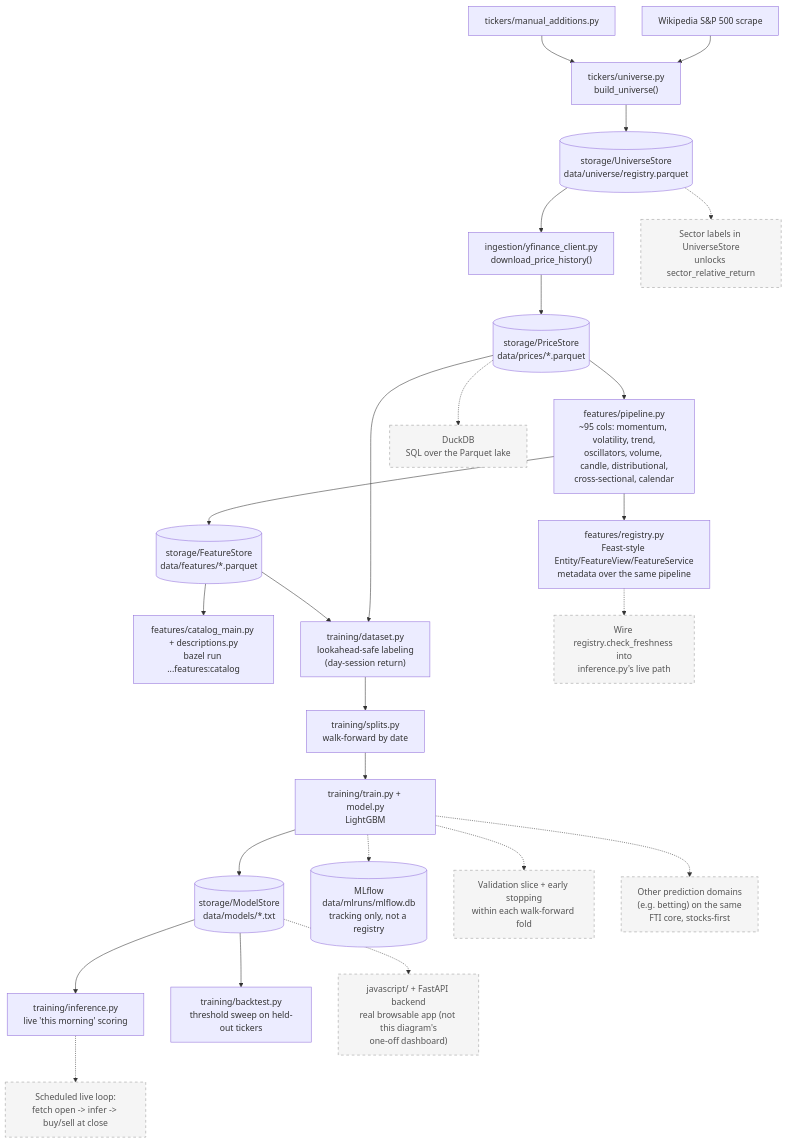
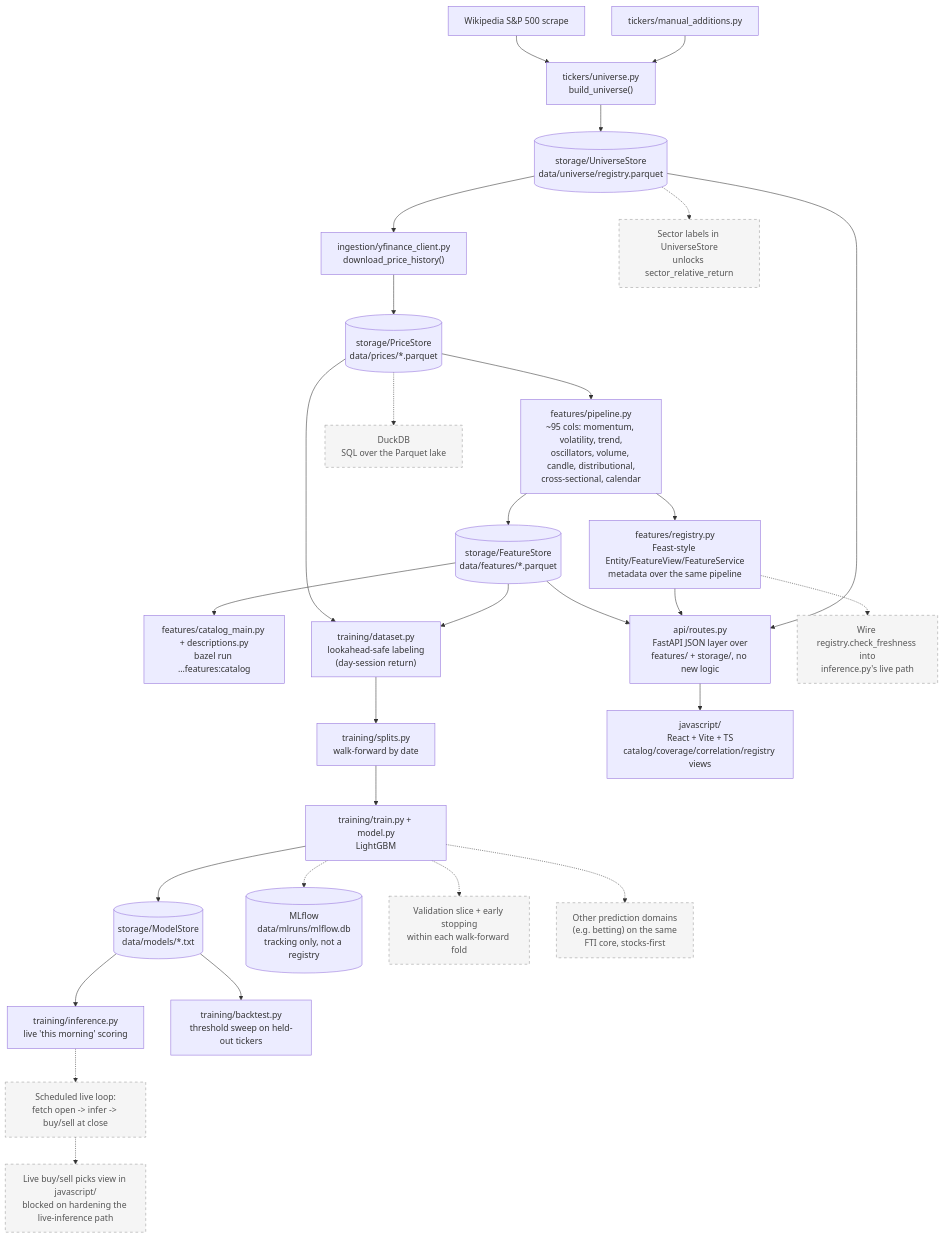
Before and after one commit to fartzy/stock-picker: the diagram in README.md, drawn with Mermaid. The commit also changed other lines of this file and 39 other files, not shown here.

````diff
--- a/README.md
+++ b/README.md
@@ -11,59 +11,66 @@
 ```mermaid
 flowchart TB
     WIKI["Wikipedia S&amp;P 500 scrape"]
     MANUAL["tickers/manual_additions.py"]
     BUILDUNIV["tickers/universe.py<br/>build_universe()"]
     YF["ingestion/yfinance_client.py<br/>download_price_history()"]
 
     US[("storage/UniverseStore<br/>data/universe/registry.parquet")]
     PS[("storage/PriceStore<br/>data/prices/*.parquet")]
     FS[("storage/FeatureStore<br/>data/features/*.parquet")]
     MS[("storage/ModelStore<br/>data/models/*.txt")]
 
     FEATPIPE["features/pipeline.py<br/>~95 cols: momentum, volatility, trend,<br/>oscillators, volume, candle, distributional,<br/>cross-sectional, calendar"]
     CATALOG["features/catalog_main.py + descriptions.py<br/>bazel run ...features:catalog"]
     REGISTRY["features/registry.py<br/>Feast-style Entity/FeatureView/FeatureService<br/>metadata over the same pipeline"]
 
     DATASET["training/dataset.py<br/>lookahead-safe labeling<br/>(day-session return)"]
     SPLITS["training/splits.py<br/>walk-forward by date"]
     TRAIN["training/train.py + model.py<br/>LightGBM"]
     INFER["training/inference.py<br/>live 'this morning' scoring"]
     BACKTEST["training/backtest.py<br/>threshold sweep on held-out tickers"]
     MLFLOW[("MLflow<br/>data/mlruns/mlflow.db<br/>tracking only, not a registry")]
 
+    API["api/routes.py<br/>FastAPI JSON layer over<br/>features/ + storage/, no new logic"]
+    WEB["javascript/<br/>React + Vite + TS<br/>catalog/coverage/correlation/registry views"]
+
     WIKI --> BUILDUNIV
     MANUAL --> BUILDUNIV
     BUILDUNIV --> US
     US --> YF
     YF --> PS
     PS --> FEATPIPE
     FEATPIPE --> FS
     PS --> DATASET
     FS --> DATASET
     DATASET --> SPLITS --> TRAIN
     TRAIN --> MS
     TRAIN -.-> MLFLOW
     MS --> INFER
     MS --> BACKTEST
     FS --> CATALOG
     FEATPIPE --> REGISTRY
+    FS --> API
+    REGISTRY --> API
+    US --> API
+    API --> WEB
 
     SECTOR["Sector labels in UniverseStore<br/>unlocks sector_relative_return"]
     VALSET["Validation slice + early stopping<br/>within each walk-forward fold"]
     TTLCHECK["Wire registry.check_freshness into<br/>inference.py's live path"]
     DUCKDB["DuckDB<br/>SQL over the Parquet lake"]
     LIVE["Scheduled live loop:<br/>fetch open -> infer -> buy/sell at close"]
-    WEBUI["javascript/ + FastAPI backend<br/>real browsable app (not this diagram's<br/>one-off dashboard)"]
+    PICKS["Live buy/sell picks view in javascript/<br/>blocked on hardening the live-inference path"]
     MULTI["Other prediction domains<br/>(e.g. betting) on the same<br/>FTI core, stocks-first"]
 
     US -.-> SECTOR
     TRAIN -.-> VALSET
     REGISTRY -.-> TTLCHECK
     PS -.-> DUCKDB
     INFER -.-> LIVE
-    MS -.-> WEBUI
+    LIVE -.-> PICKS
     TRAIN -.-> MULTI
 
     classDef planned stroke-dasharray: 5 5,fill:#f5f5f5,stroke:#999,color:#555;
-    class SECTOR,VALSET,TTLCHECK,DUCKDB,LIVE,WEBUI,MULTI planned;
+    class SECTOR,VALSET,TTLCHECK,DUCKDB,LIVE,PICKS,MULTI planned;
 ```
````
